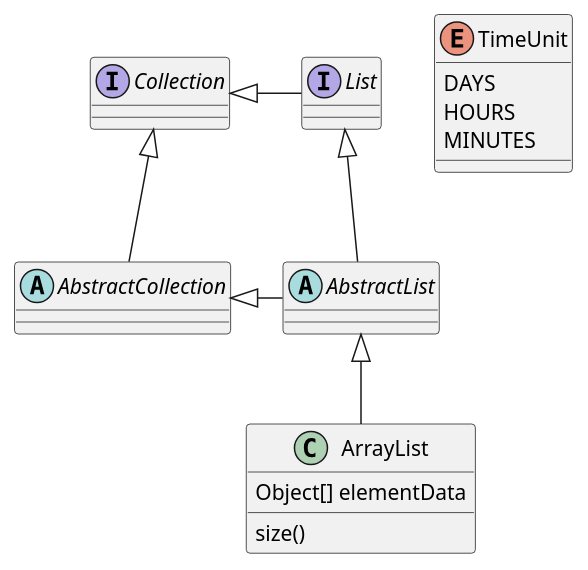
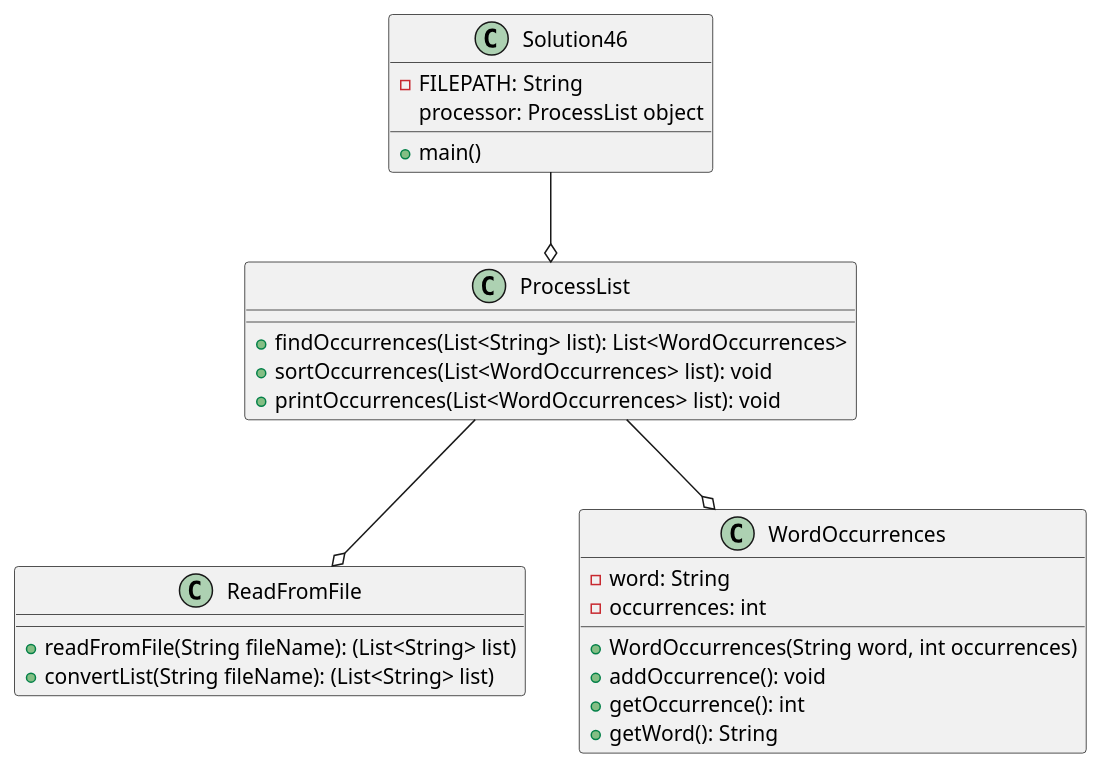
Before and after one commit to JMoore910/moore-a04: the diagram in exercise46/docs/exercise46_Diagram.puml, drawn with PlantUML. The commit also changed 37 other files, not shown here.

```diff
--- a/exercise46/docs/exercise46_Diagram.puml
+++ b/exercise46/docs/exercise46_Diagram.puml
@@ -1,32 +1,41 @@
 @startuml
 
 '/*
 ' *  UCF COP3330 Fall 2021 Assignment 4 Solutions
 ' *  Copyright 2021 Jeanne Moore
 ' */
 
 
-abstract class AbstractList
-abstract AbstractCollection
-interface List
-interface Collection
-
-List <|-- AbstractList
-Collection <|-- AbstractCollection
-
-Collection <|- List
-AbstractCollection <|- AbstractList
-AbstractList <|-- ArrayList
-
-class ArrayList {
-Object[] elementData
-size()
+class Solution46 {
+-FILEPATH: String
+processor: ProcessList object
++main()
 }
 
-enum TimeUnit {
-DAYS
-HOURS
-MINUTES
+class ProcessList {
++findOccurrences(List<String> list): List<WordOccurrences>
++sortOccurrences(List<WordOccurrences> list): void
++printOccurrences(List<WordOccurrences> list): void
 }
 
+class ReadFromFile {
++readFromFile(String fileName): (List<String> list)
++convertList(String fileName): (List<String> list)
+}
+
+class WordOccurrences {
+-word: String
+-occurrences: int
++WordOccurrences(String word, int occurrences)
++addOccurrence(): void
++getOccurrence(): int
++getWord(): String
+}
+
+Solution46 --o ProcessList
+
+ProcessList --o ReadFromFile
+
+ProcessList --o WordOccurrences
+
 @enduml
```
